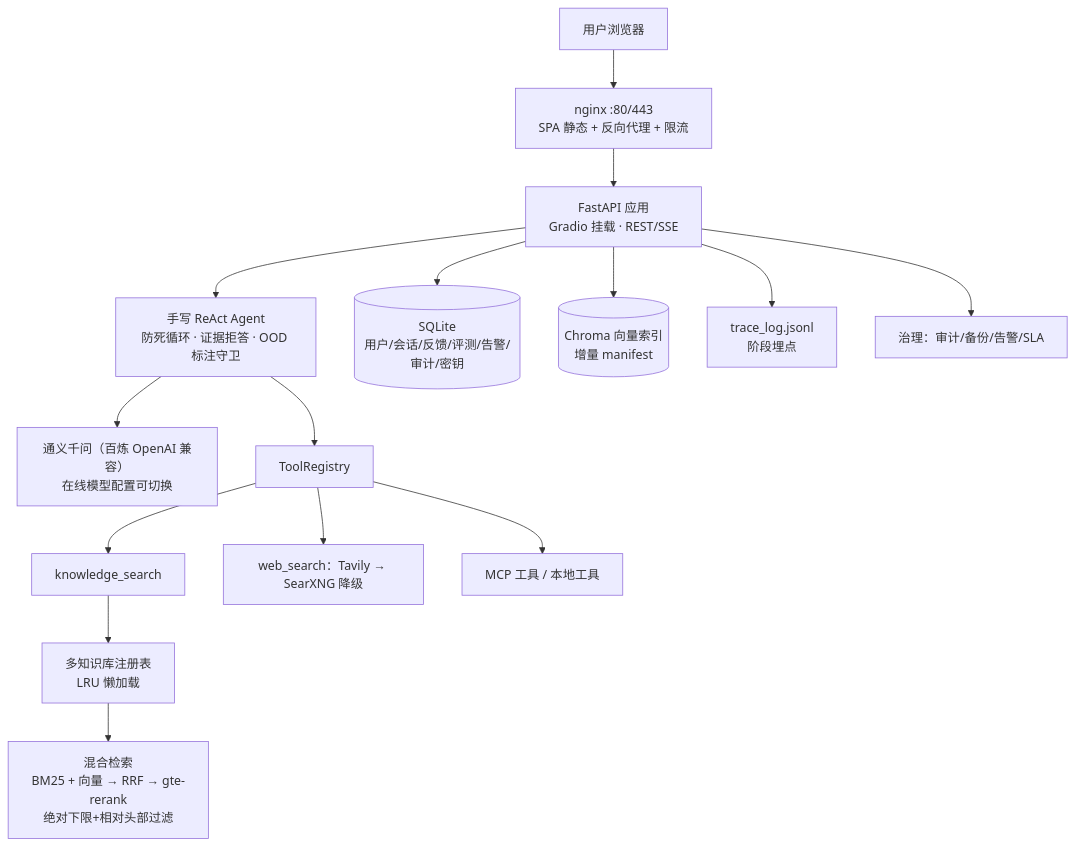
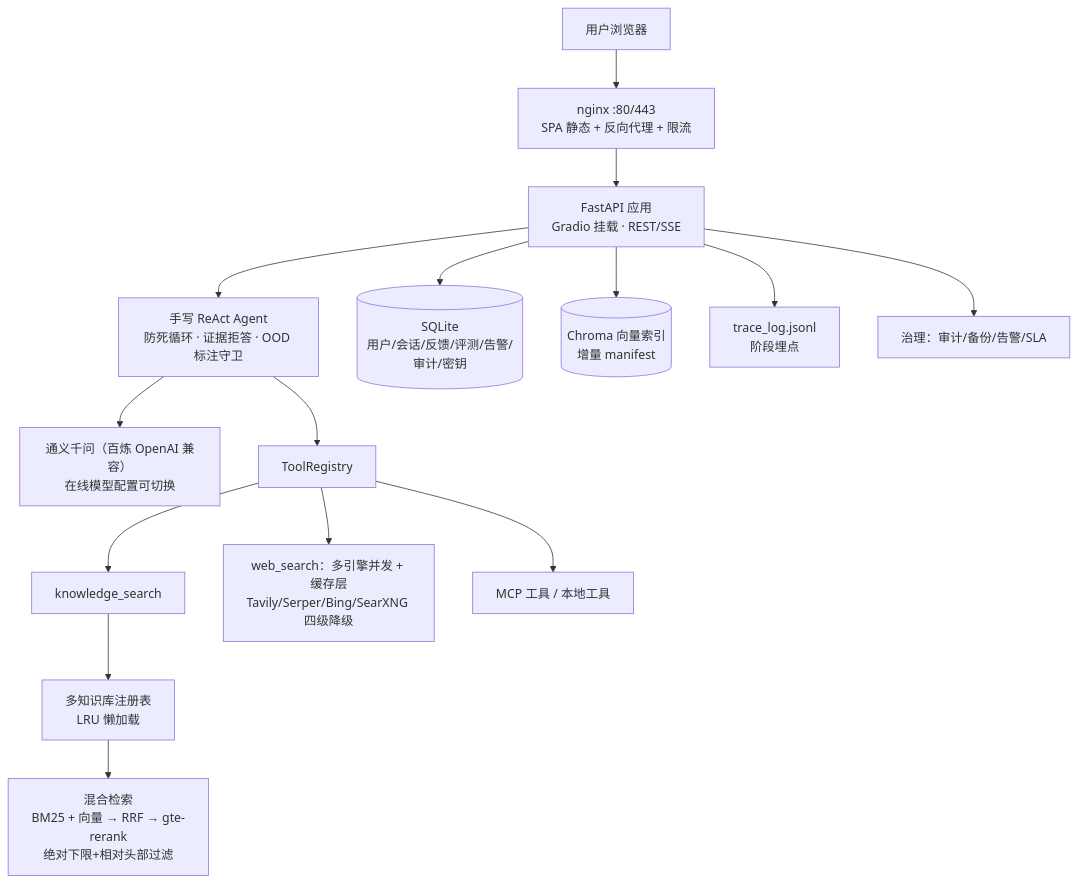
The diagram in README.md (Ice-Breaking/DocMind), drawn with Mermaid before and after one commit. The commit also changed other lines of this file and 10 other files, not shown here.

````diff
--- a/README.md
+++ b/README.md
@@ -52,17 +52,17 @@
 ```mermaid
 flowchart TD
     U[用户浏览器] --> NG[nginx :80/443\nSPA 静态 + 反向代理 + 限流]
     NG --> API[FastAPI 应用\nGradio 挂载 · REST/SSE]
     API --> A[手写 ReAct Agent\n防死循环 · 证据拒答 · OOD 标注守卫]
     A --> LLM[通义千问（百炼 OpenAI 兼容）\n在线模型配置可切换]
     A --> TR[ToolRegistry]
     TR --> KS[knowledge_search]
-    TR --> WS[web_search：Tavily → SearXNG 降级]
+    TR --> WS[web_search：多引擎并发 + 缓存层\nTavily/Serper/Bing/SearXNG 四级降级]
     TR --> MCP[MCP 工具 / 本地工具]
     KS --> REG[多知识库注册表\nLRU 懒加载]
     REG --> H[混合检索\nBM25 + 向量 → RRF → gte-rerank\n绝对下限+相对头部过滤]
     API --> DB[(SQLite\n用户/会话/反馈/评测/告警/审计/密钥)]
     API --> CH[(Chroma 向量索引\n增量 manifest)]
     API --> TC[trace_log.jsonl\n阶段埋点]
     API --> GOV[治理：审计/备份/告警/SLA]
 ```
````
